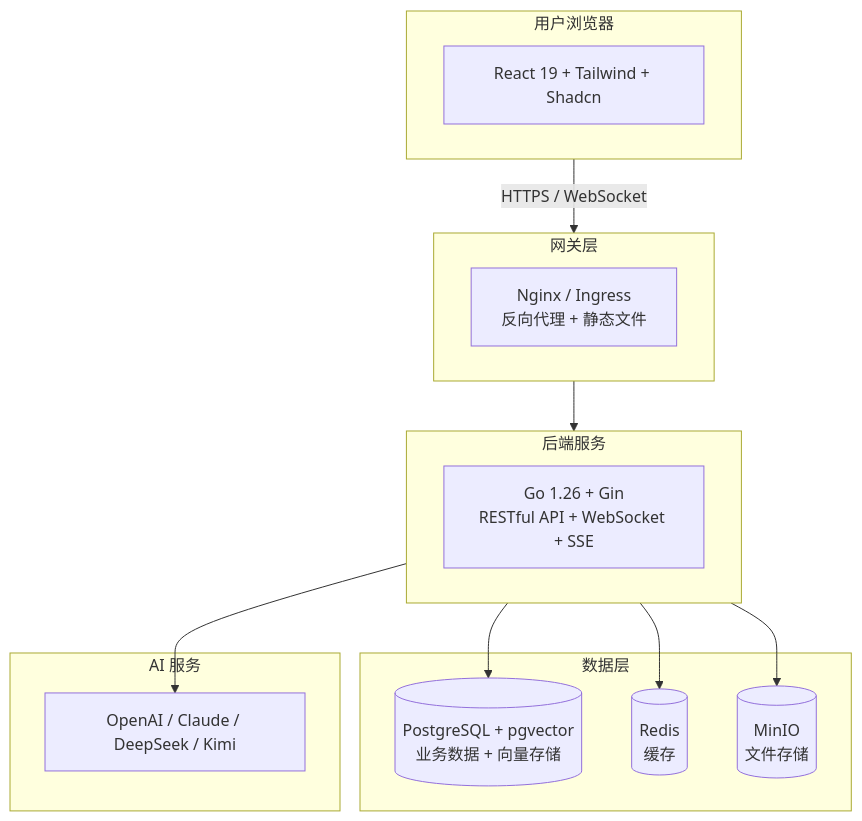
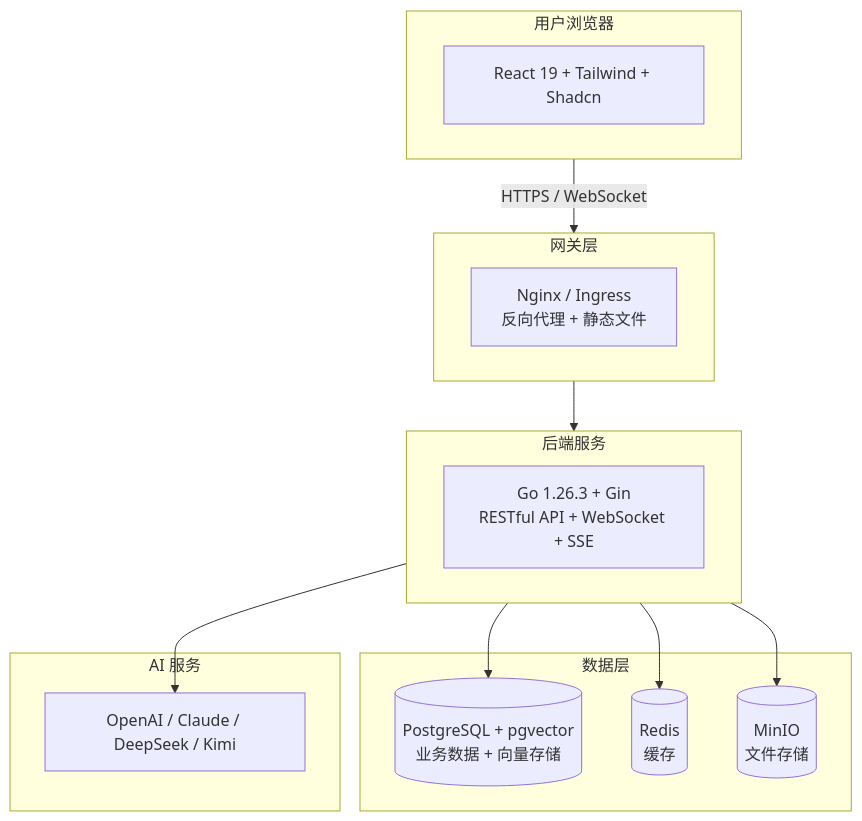
The first of 2 diagrams in book/ch01.md (ileego/go_react_ai), drawn with Mermaid before and after one commit. The commit also changed other lines of this file and 4 other files, not shown here.

````diff
--- a/book/ch01.md
+++ b/book/ch01.md
@@ -120,31 +120,31 @@
 ```mermaid
 flowchart TB
     subgraph Client["用户浏览器"]
         React["React 19 + Tailwind + Shadcn"]
     end
 
     subgraph Gateway["网关层"]
         Nginx["Nginx / Ingress<br/>反向代理 + 静态文件"]
     end
 
     subgraph Backend["后端服务"]
-        Gin["Go 1.26 + Gin<br/>RESTful API + WebSocket + SSE"]
+        Gin["Go 1.26.3 + Gin<br/>RESTful API + WebSocket + SSE"]
     end
 
     subgraph Data["数据层"]
         PG[("PostgreSQL + pgvector<br/>业务数据 + 向量存储")]
         Redis[("Redis<br/>缓存")]
         MinIO[("MinIO<br/>文件存储")]
     end
 
     subgraph AI["AI 服务"]
         APIs["OpenAI / Claude / DeepSeek / Kimi"]
     end
 
     Client --"HTTPS / WebSocket"--> Gateway
     Gateway --> Backend
     Backend --> PG
     Backend --> Redis
     Backend --> MinIO
     Backend --> APIs
 ```
````
